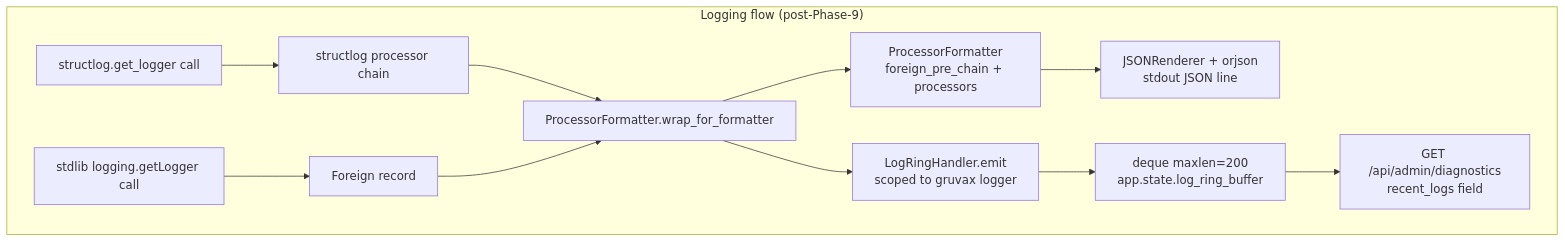
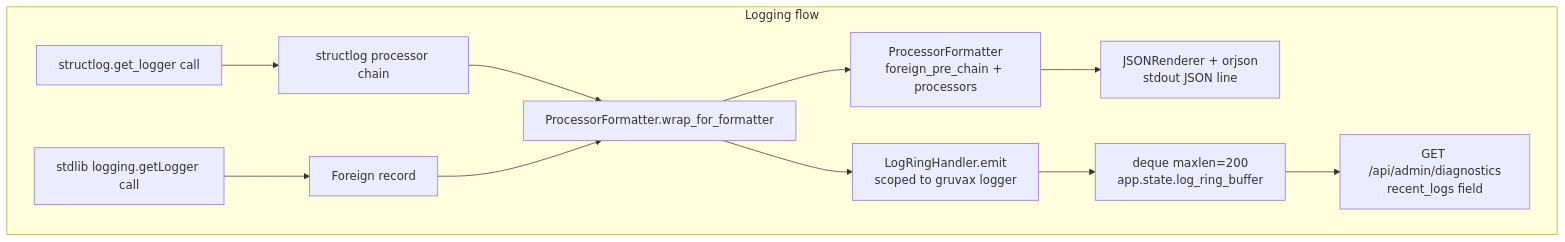
The third of 6 diagrams in docs/ARCHITECTURE.md (SimplicityGuy/GRUVAX), drawn with Mermaid before and after one commit. The commit also changed other lines of this file, not shown here.

First line of the commit message:
docs(architecture): reconcile ARCHITECTURE.md with v2.1 implementation

````diff
--- a/docs/ARCHITECTURE.md
+++ b/docs/ARCHITECTURE.md
@@ -227,14 +331,14 @@
 ```mermaid
 flowchart TD
-    subgraph Logging["Logging flow (post-Phase-9)"]
+    subgraph Logging["Logging flow"]
         A[structlog.get_logger call] --> B[structlog processor chain]
         C[stdlib logging.getLogger call] --> D[Foreign record]
         B --> E[ProcessorFormatter.wrap_for_formatter]
         D --> E
-        E --> F[ProcessorFormatter\nforeign_pre_chain + processors]
-        F --> G[JSONRenderer + orjson\nstdout JSON line]
-        E --> H[LogRingHandler.emit\nscoped to gruvax logger]
-        H --> I[deque maxlen=200\napp.state.log_ring_buffer]
-        I --> J[GET /api/admin/diagnostics\nrecent_logs field]
+        E --> F["ProcessorFormatter\nforeign_pre_chain + processors"]
+        F --> G["JSONRenderer + orjson\nstdout JSON line"]
+        E --> H["LogRingHandler.emit\nscoped to gruvax logger"]
+        H --> I["deque maxlen=200\napp.state.log_ring_buffer"]
+        I --> J["GET /api/admin/diagnostics\nrecent_logs field"]
     end
 ```
````
